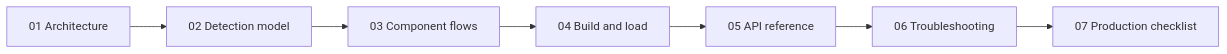
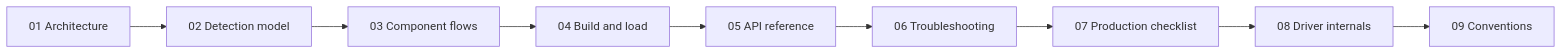
Before and after one commit to 0xMALVEE/kernmem: the first of 2 diagrams in dist/docs/README.md, drawn with Mermaid. The commit also changed other lines of this file and 61 other files, not shown here.

First line of the commit message:
docs: document the driver internals, add conventions, and clean the root

````diff
--- a/dist/docs/README.md
+++ b/dist/docs/README.md
@@ -11,9 +11,11 @@
 ```mermaid
 flowchart LR
     A[01 Architecture] --> B[02 Detection model]
     B --> C[03 Component flows]
     C --> D[04 Build and load]
     D --> E[05 API reference]
     E --> F[06 Troubleshooting]
     F --> G[07 Production checklist]
+    G --> H[08 Driver internals]
+    H --> I[09 Conventions]
 ```
````
